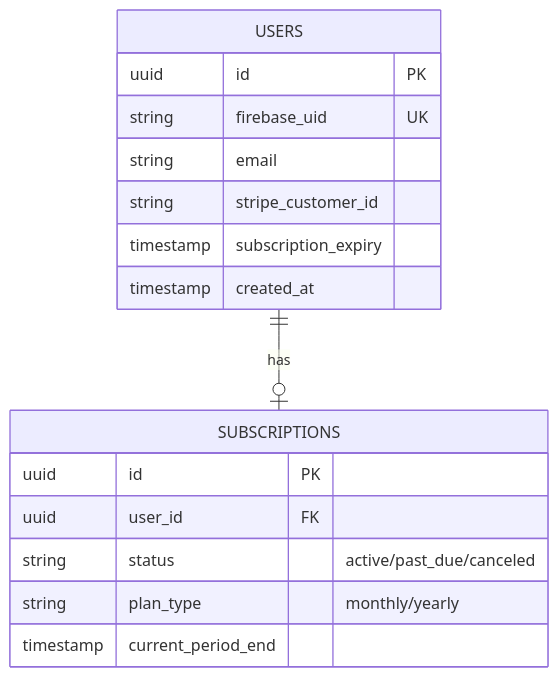
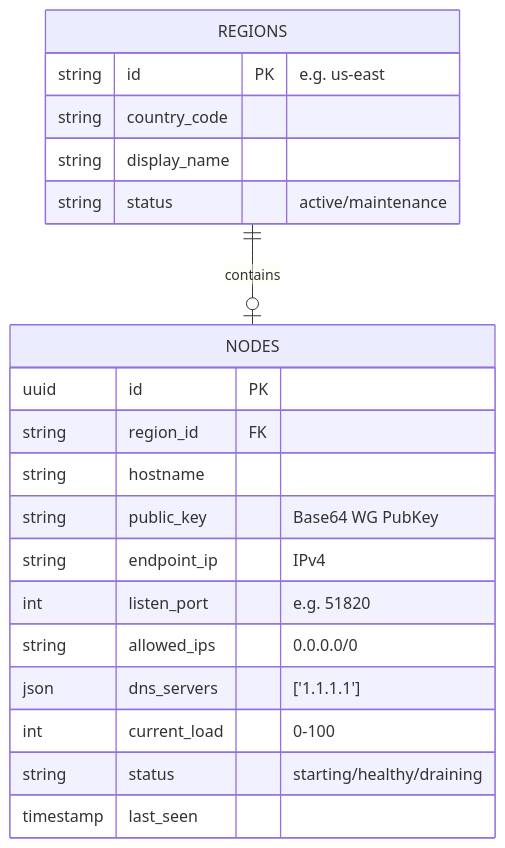
Diagram 15 of 23 in new/architecture/B2C_BACKEND_DESIGN.md (Keen-VPN/docs), drawn with Mermaid before and after one commit. The commit also changed other lines of this file and 6 other files, not shown here.

Commit message:
Updated the backend architecture

````diff
--- a/new/architecture/B2C_BACKEND_DESIGN.md
+++ b/new/architecture/B2C_BACKEND_DESIGN.md
@@ -112,19 +490,23 @@
 ```mermaid
 erDiagram
-    USERS {
+    REGIONS {
+        string id PK "e.g. us-east"
+        string country_code
+        string display_name
+        string status "active/maintenance"
+    }
+    NODES {
         uuid id PK
-        string firebase_uid UK
-        string email
-        string stripe_customer_id
-        timestamp subscription_expiry
-        timestamp created_at
+        string region_id FK
+        string hostname
+        string public_key "Base64 WG PubKey"
+        string endpoint_ip "IPv4"
+        int listen_port "e.g. 51820"
+        string allowed_ips "0.0.0.0/0"
+        json dns_servers "['1.1.1.1']"
+        int current_load "0-100"
+        string status "starting/healthy/draining"
+        timestamp last_seen
     }
-    SUBSCRIPTIONS {
-        uuid id PK
-        uuid user_id FK
-        string status "active/past_due/canceled"
-        string plan_type "monthly/yearly"
-        timestamp current_period_end
-    }
-    USERS ||--o| SUBSCRIPTIONS : has
+    REGIONS ||--o| NODES : contains
 ```
````
